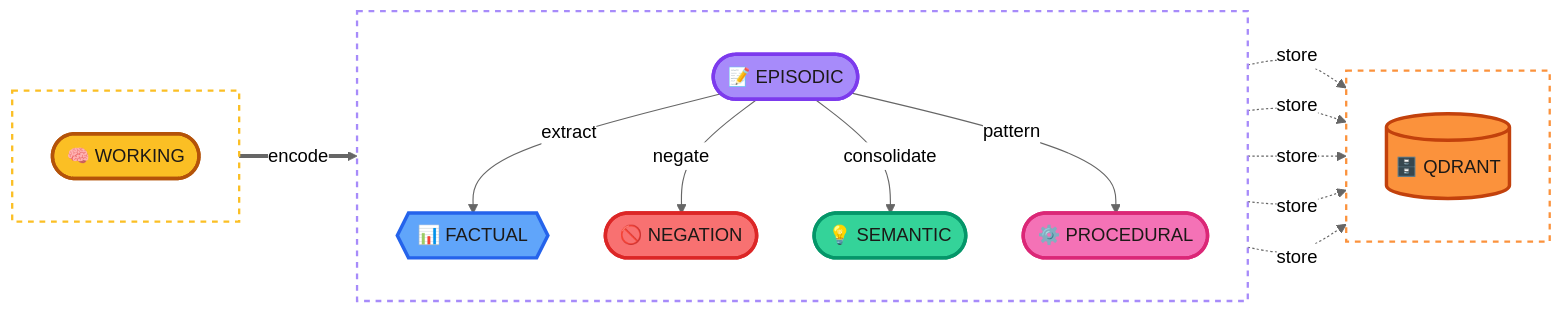
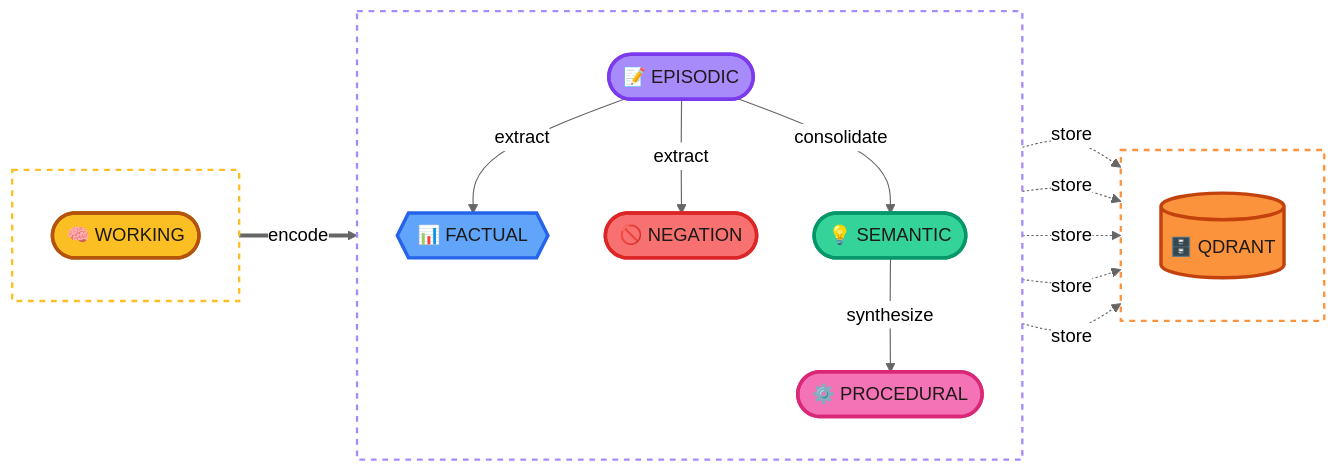
One commit to ashita-ai/engram changed the diagram in README.md. Above: the diagram before and after it, drawn with Mermaid (neutral theme). The commit also changed other lines of this file and 19 other files, not shown here.

````diff
--- a/README.md
+++ b/README.md
@@ -62,45 +62,45 @@
 ```mermaid
 flowchart LR
     subgraph INPUT [" "]
         direction TB
         WM([🧠 WORKING])
     end
 
     subgraph CORE [" "]
         direction TB
         EP([📝 EPISODIC])
         FACT{{📊 FACTUAL}}
         SEM([💡 SEMANTIC])
         PROC([⚙️ PROCEDURAL])
         NEG([🚫 NEGATION])
     end
 
     subgraph STORE [" "]
         direction TB
         QD[(🗄️ QDRANT)]
     end
 
     WM ==>|encode| EP
     EP -->|extract| FACT
-    EP -->|negate| NEG
+    EP -->|extract| NEG
     EP -->|consolidate| SEM
-    EP -->|pattern| PROC
+    SEM -->|synthesize| PROC
 
     EP -.->|store| QD
     FACT -.->|store| QD
     SEM -.->|store| QD
     PROC -.->|store| QD
     NEG -.->|store| QD
 
     style WM fill:#fbbf24,stroke:#b45309,stroke-width:3px,color:#1c1917
     style EP fill:#a78bfa,stroke:#7c3aed,stroke-width:3px,color:#1c1917
     style FACT fill:#60a5fa,stroke:#2563eb,stroke-width:3px,color:#1c1917
     style SEM fill:#34d399,stroke:#059669,stroke-width:3px,color:#1c1917
     style PROC fill:#f472b6,stroke:#db2777,stroke-width:3px,color:#1c1917
     style NEG fill:#f87171,stroke:#dc2626,stroke-width:3px,color:#1c1917
     style QD fill:#fb923c,stroke:#c2410c,stroke-width:3px,color:#1c1917
 
     style INPUT fill:transparent,stroke:#fbbf24,stroke-width:2px,stroke-dasharray:5
     style CORE fill:transparent,stroke:#a78bfa,stroke-width:2px,stroke-dasharray:5
     style STORE fill:transparent,stroke:#fb923c,stroke-width:2px,stroke-dasharray:5
 ```
````
